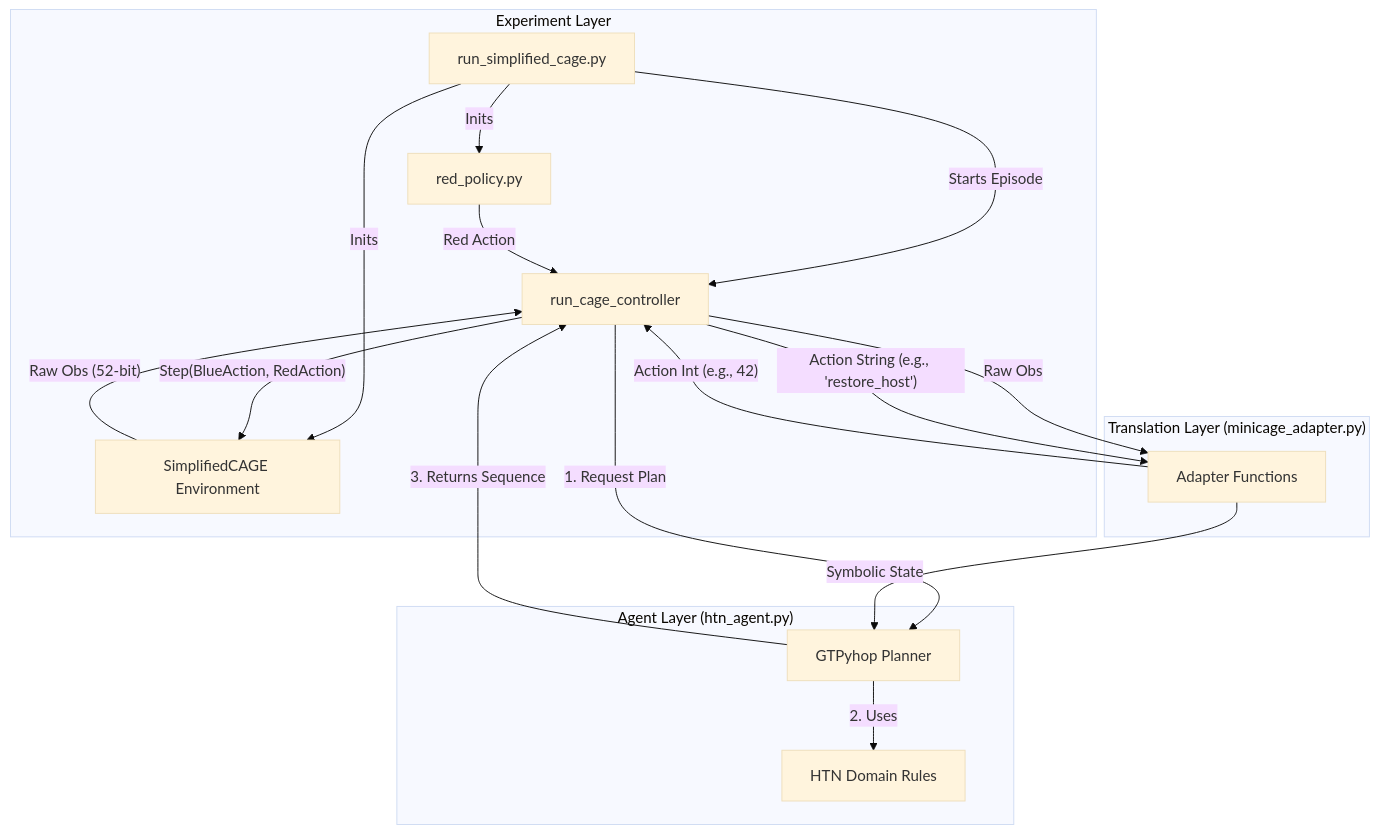
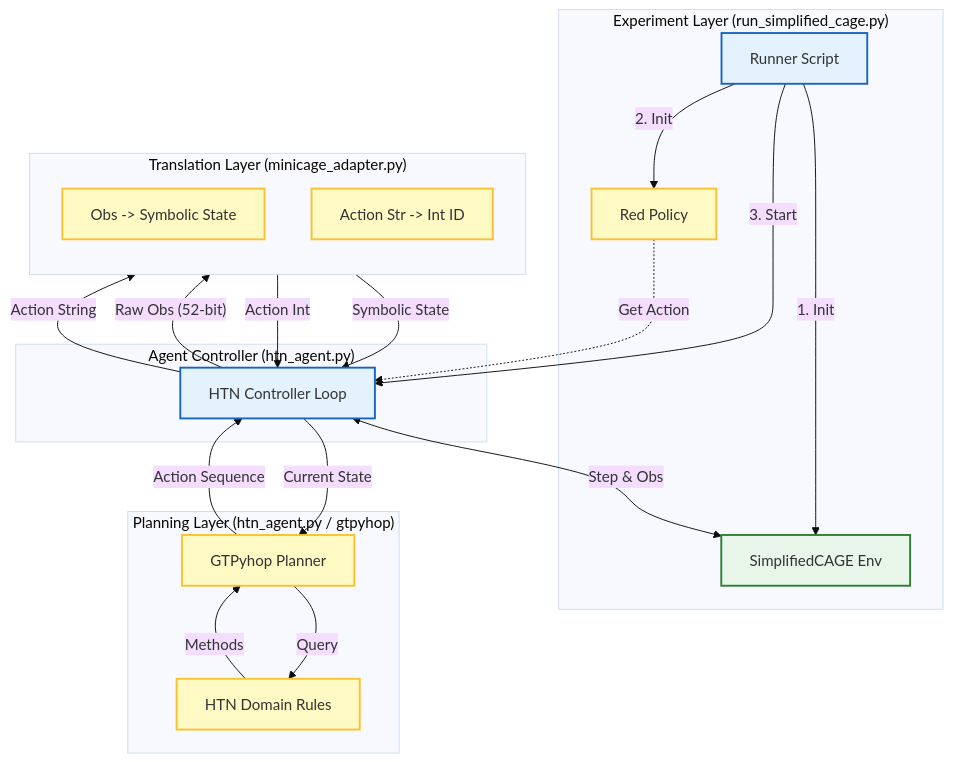
Before and after one commit to skcoll-umd/722_HTN_CybORG: the diagram in README.md, drawn with Mermaid (base theme). The commit also changed other lines of this file, not shown here.

````diff
--- a/README.md
+++ b/README.md
@@ -16,33 +24,51 @@
 ```mermaid
 graph TD
-    subgraph "Experiment Layer"
-        Runner[run_simplified_cage.py] -->|Starts Episode| Controller
-        Runner -->|Inits| Env[SimplifiedCAGE Environment]
-        Runner -->|Inits| Red[red_policy.py]
+    %% Styling
+    classDef file fill:#e3f2fd,stroke:#1565c0,stroke-width:2px;
+    classDef logic fill:#fff9c4,stroke:#fbc02d,stroke-width:2px;
+    classDef env fill:#e8f5e9,stroke:#2e7d32,stroke-width:2px;
+
+    subgraph Experiment ["Experiment Layer (run_simplified_cage.py)"]
+        Runner[Runner Script]:::file
+        Env[SimplifiedCAGE Env]:::env
+        Red[Red Policy]:::logic
     end
 
-    subgraph "Agent Layer (htn_agent.py)"
-        Controller[run_cage_controller]
-        Planner[GTPyhop Planner]
-        Domain[HTN Domain Rules]
-        
-        Controller -- "1. Request Plan" --> Planner
-        Planner -- "2. Uses" --> Domain
-        Planner -- "3. Returns Sequence" --> Controller
+    subgraph Agent ["Agent Controller (htn_agent.py)"]
+        Controller[HTN Controller Loop]:::file
     end
 
-    subgraph "Translation Layer (minicage_adapter.py)"
-        Adapter[Adapter Functions]
+    subgraph Adapter ["Translation Layer (minicage_adapter.py)"]
+        direction TB
+        Translator[Obs -> Symbolic State]:::logic
+        Encoder[Action Str -> Int ID]:::logic
     end
 
-    %% Interactions
-    Env -- "Raw Obs (52-bit)" --> Controller
-    Controller -- "Raw Obs" --> Adapter
-    Adapter -- "Symbolic State" --> Planner
+    subgraph Planning ["Planning Layer (htn_agent.py / gtpyhop)"]
+        Planner[GTPyhop Planner]:::logic
+        Domain[HTN Domain Rules]:::logic
+    end
+
+    %% Initialization Flow
+    Runner -->|1. Init| Env
+    Runner -->|2. Init| Red
+    Runner -->|3. Start| Controller
+
+    %% Main Execution Loop
+    Controller <-->|Step & Obs| Env
+    Red -.->|Get Action| Controller
+
+    %% Translation Services
+    Controller -- "Raw Obs (52-bit)" --> Translator
+    Translator -- "Symbolic State" --> Controller
     
-    Controller -- "Action String (e.g., 'restore_host')" --> Adapter
-    Adapter -- "Action Int (e.g., 42)" --> Controller
-    
-    Controller -- "Step(BlueAction, RedAction)" --> Env
-    Red -- "Red Action" --> Controller
+    Controller -- "Action String" --> Encoder
+    Encoder -- "Action Int" --> Controller
+
+    %% Planning Services
+    Controller -- "Current State" --> Planner
+    Planner -- "Query" --> Domain
+    Domain -- "Methods" --> Planner
+    Planner -- "Action Sequence" --> Controller
+
 ```
````
